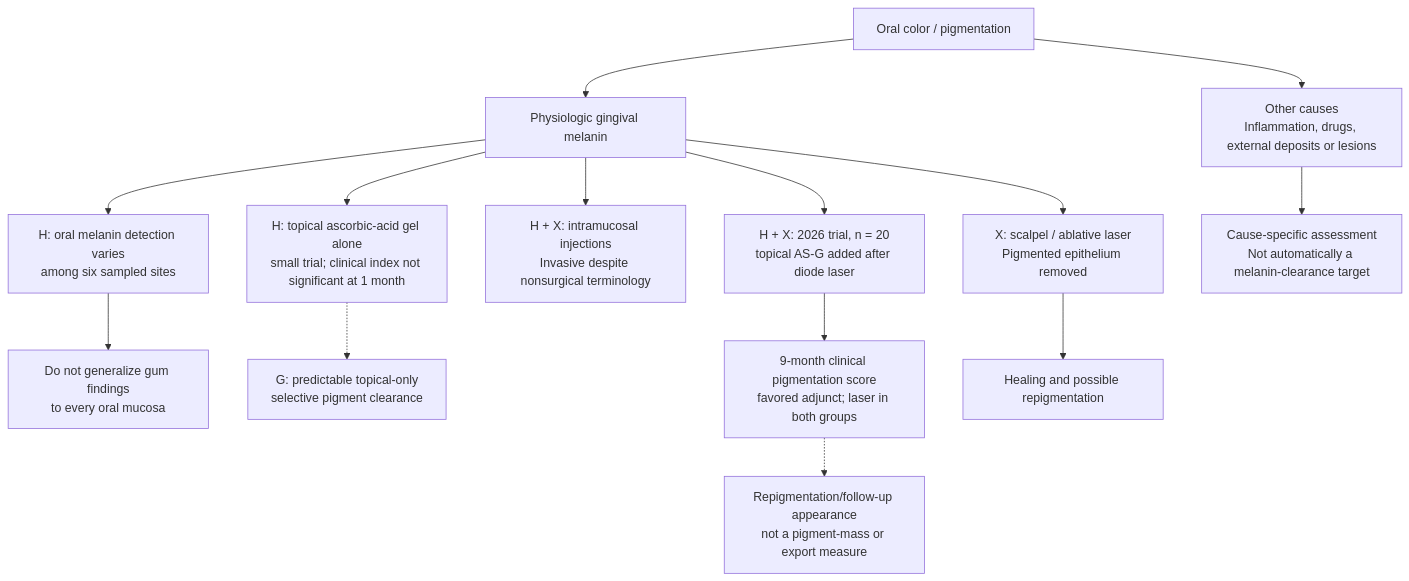
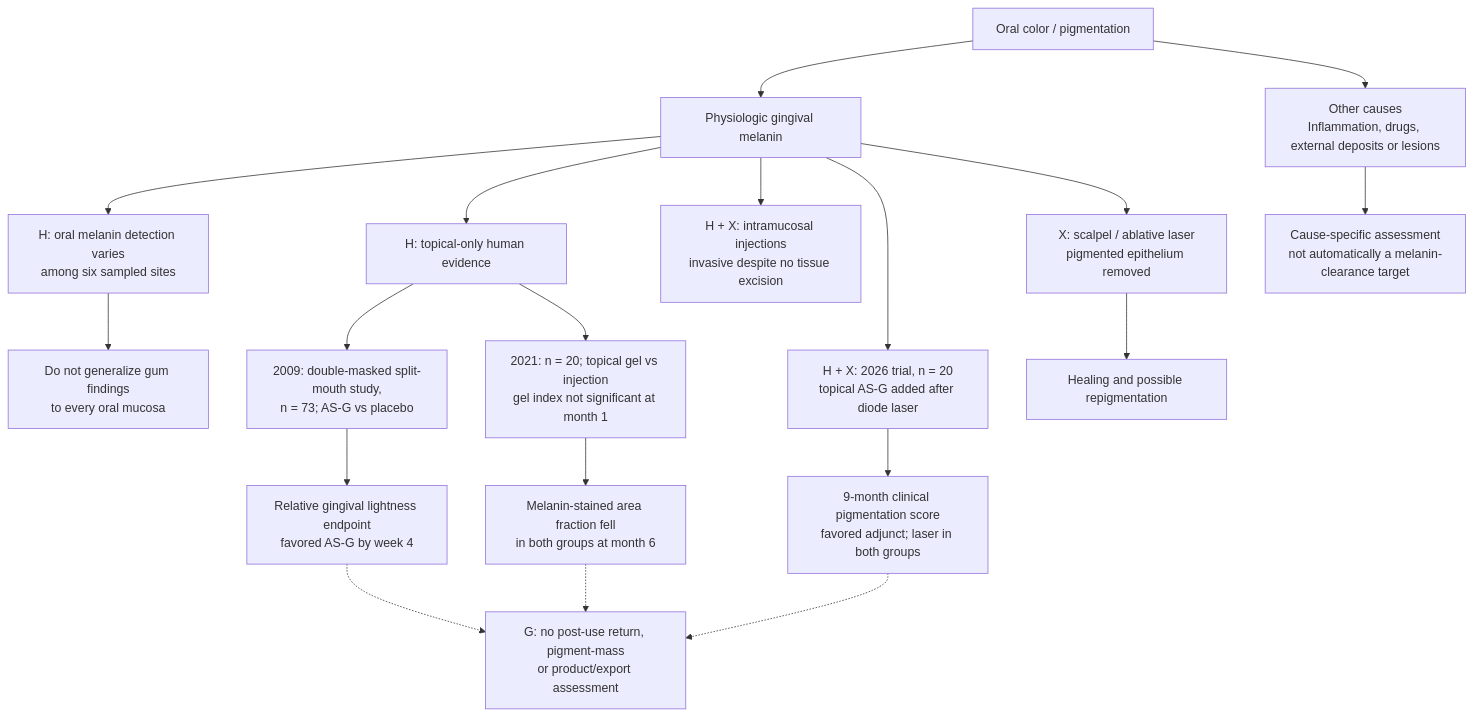
One commit to dylanstechmann/iris-color-without-contacts changed the tenth of 26 diagrams in research/tissue-pigment-atlas.md. Above: the diagram before and after it, drawn with Mermaid. The commit also changed other lines of this file, not shown here.

Commit message:
Add topical-only gingival pigmentation trial evidence

````diff
--- a/research/tissue-pigment-atlas.md
+++ b/research/tissue-pigment-atlas.md
@@ -253,16 +253,21 @@
 ```mermaid
 flowchart TD
     A["Oral color / pigmentation"] --> B["Physiologic gingival melanin"]
     A --> C["Other causes<br/>Inflammation, drugs, external deposits or lesions"]
     B --> V["H: oral melanin detection varies<br/>among six sampled sites"]
     V --> X["Do not generalize gum findings<br/>to every oral mucosa"]
-    B --> T["H: topical ascorbic-acid gel alone<br/>small trial; clinical index not significant at 1 month"]
-    T -.-> G["G: predictable topical-only<br/>selective pigment clearance"]
-    B --> I["H + X: intramucosal injections<br/>Invasive despite nonsurgical terminology"]
+    B --> TP["H: topical-only human evidence"]
+    TP --> T1["2009: double-masked split-mouth study,<br/>n = 73; AS-G vs placebo"]
+    T1 --> T2["Relative gingival lightness endpoint<br/>favored AS-G by week 4"]
+    TP --> T3["2021: n = 20; topical gel vs injection<br/>gel index not significant at month 1"]
+    T3 --> T4["Melanin-stained area fraction fell<br/>in both groups at month 6"]
+    T2 -.-> G["G: no post-use return, pigment-mass<br/>or product/export assessment"]
+    T4 -.-> G
+    B --> I["H + X: intramucosal injections<br/>invasive despite no tissue excision"]
     B --> L["H + X: 2026 trial, n = 20<br/>topical AS-G added after diode laser"]
     L --> D9["9-month clinical pigmentation score<br/>favored adjunct; laser in both groups"]
-    D9 -.-> C9["Repigmentation/follow-up appearance<br/>not a pigment-mass or export measure"]
-    B --> S["X: scalpel / ablative laser<br/>Pigmented epithelium removed"]
+    D9 -.-> G
+    B --> S["X: scalpel / ablative laser<br/>pigmented epithelium removed"]
     S --> R["Healing and possible repigmentation"]
-    C --> O["Cause-specific assessment<br/>Not automatically a melanin-clearance target"]
+    C --> O["Cause-specific assessment<br/>not automatically a melanin-clearance target"]
 ```
````
